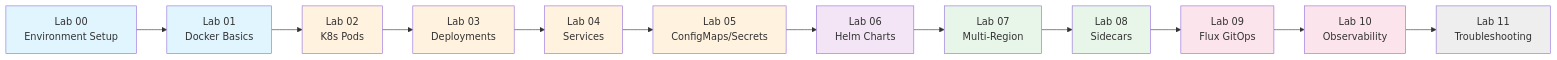
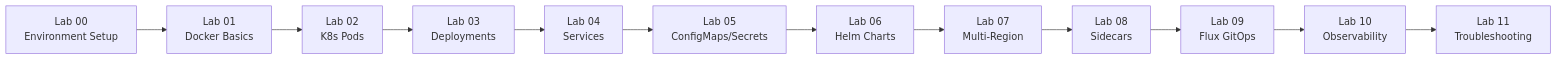
One commit to nitinkc/DevOpsLearning changed the diagram in docs/labs-overview.md. Above: the diagram before and after it, drawn with Mermaid. The commit also changed other lines of this file and 46 other files, not shown here.

````diff
--- a/docs/labs-overview.md
+++ b/docs/labs-overview.md
@@ -7,27 +8,14 @@
-<div class="mermaid">
+```mermaid
 graph LR
     A["Lab 00<br/>Environment Setup"] --> B["Lab 01<br/>Docker Basics"]
     B --> C["Lab 02<br/>K8s Pods"]
     C --> D["Lab 03<br/>Deployments"]
     D --> E["Lab 04<br/>Services"]
     E --> F["Lab 05<br/>ConfigMaps/Secrets"]
     F --> G["Lab 06<br/>Helm Charts"]
     G --> H["Lab 07<br/>Multi-Region"]
     H --> I["Lab 08<br/>Sidecars"]
     I --> J["Lab 09<br/>Flux GitOps"]
     J --> K["Lab 10<br/>Observability"]
     K --> L["Lab 11<br/>Troubleshooting"]
-    
-    style A fill:#e1f5ff
-    style B fill:#e1f5ff
-    style C fill:#fff3e0
-    style D fill:#fff3e0
-    style E fill:#fff3e0
-    style F fill:#fff3e0
-    style G fill:#f3e5f5
-    style H fill:#e8f5e9
-    style I fill:#e8f5e9
-    style J fill:#fce4ec
-    style K fill:#fce4ec
-    style L fill:#eee
-</div>
+```
````
